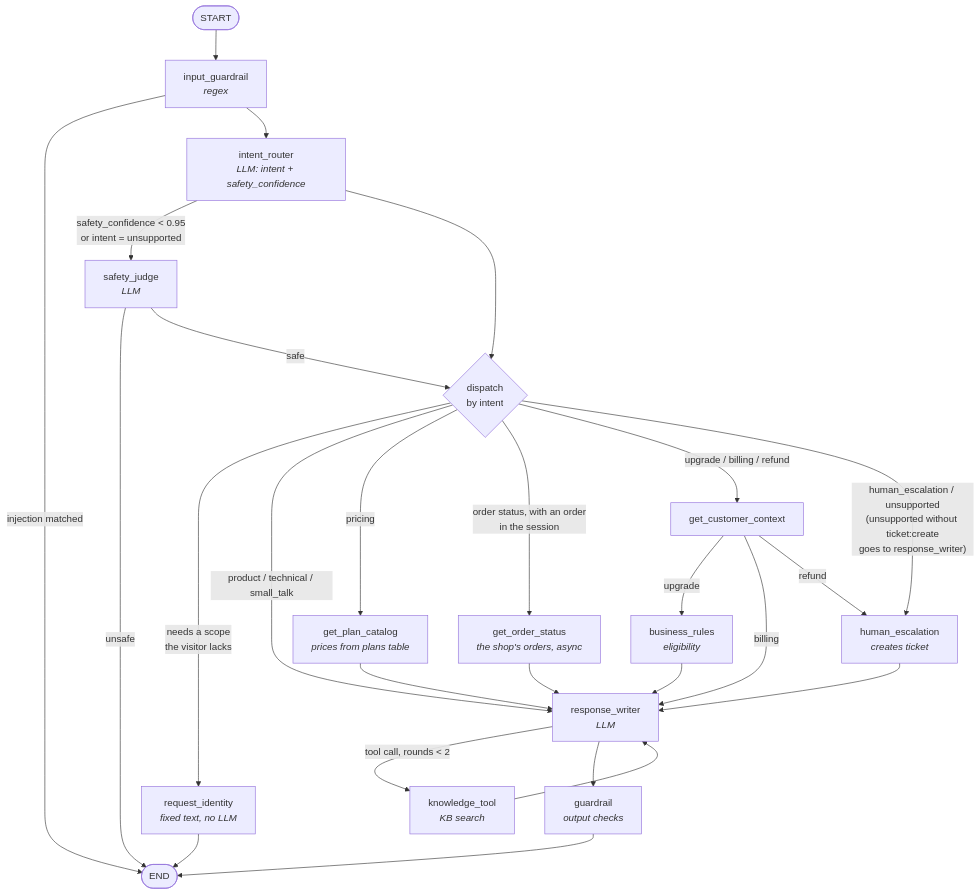
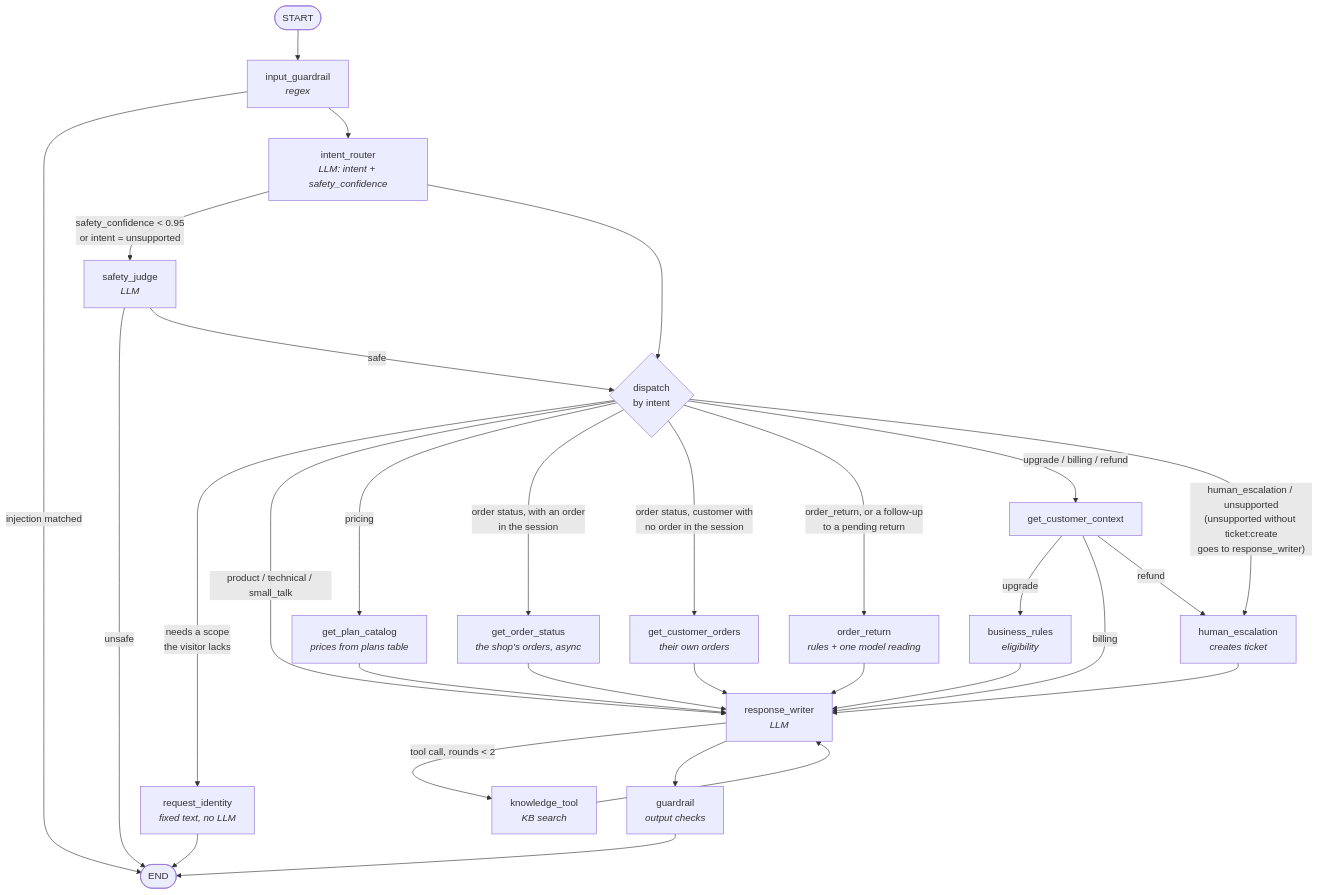
Before and after one commit to TheMutsi/ai-sales-support-agent: the second of 2 diagrams in docs/architecture.md, drawn with Mermaid. The commit also changed 14 other files, not shown here.

First line of the commit message:
Route order_return and the follow-ups to a pending return, with evaluation cases and the ADR (#136)

````diff
--- a/docs/architecture.md
+++ b/docs/architecture.md
@@ -39,28 +39,32 @@
 ```mermaid
 flowchart TD
   start([START]) --> ig[input_guardrail<br/><i>regex</i>]
   ig -- injection matched --> stop([END])
   ig --> ir[intent_router<br/><i>LLM: intent + safety_confidence</i>]
   ir -- "safety_confidence < 0.95<br/>or intent = unsupported" --> sj[safety_judge<br/><i>LLM</i>]
   sj -- unsafe --> stop
   ir --> dispatch{dispatch<br/>by intent}
   sj -- safe --> dispatch
   dispatch -- "needs a scope<br/>the visitor lacks" --> ri[request_identity<br/><i>fixed text, no LLM</i>]
   ri --> stop
   dispatch -- "product / technical / small_talk" --> rw
   dispatch -- pricing --> pc[get_plan_catalog<br/><i>prices from plans table</i>]
   dispatch -- "order status, with an order<br/>in the session" --> os[get_order_status<br/><i>the shop's orders, async</i>]
+  dispatch -- "order status, customer with<br/>no order in the session" --> co[get_customer_orders<br/><i>their own orders</i>]
+  dispatch -- "order_return, or a follow-up<br/>to a pending return" --> orr[order_return<br/><i>rules + one model reading</i>]
+  co --> rw
+  orr --> rw
   dispatch -- "upgrade / billing / refund" --> cc[get_customer_context]
   dispatch -- "human_escalation / unsupported<br/>(unsupported without ticket:create<br/>goes to response_writer)" --> he
   cc -- upgrade --> br[business_rules<br/><i>eligibility</i>]
   cc -- billing --> rw
   cc -- refund --> he[human_escalation<br/><i>creates ticket</i>]
   br --> rw[response_writer<br/><i>LLM</i>]
   pc --> rw
   os --> rw
   he --> rw
   rw -- "tool call, rounds < 2" --> kt[knowledge_tool<br/><i>KB search</i>]
   kt --> rw
   rw --> gr[guardrail<br/><i>output checks</i>]
   gr --> stop
 ```
````
